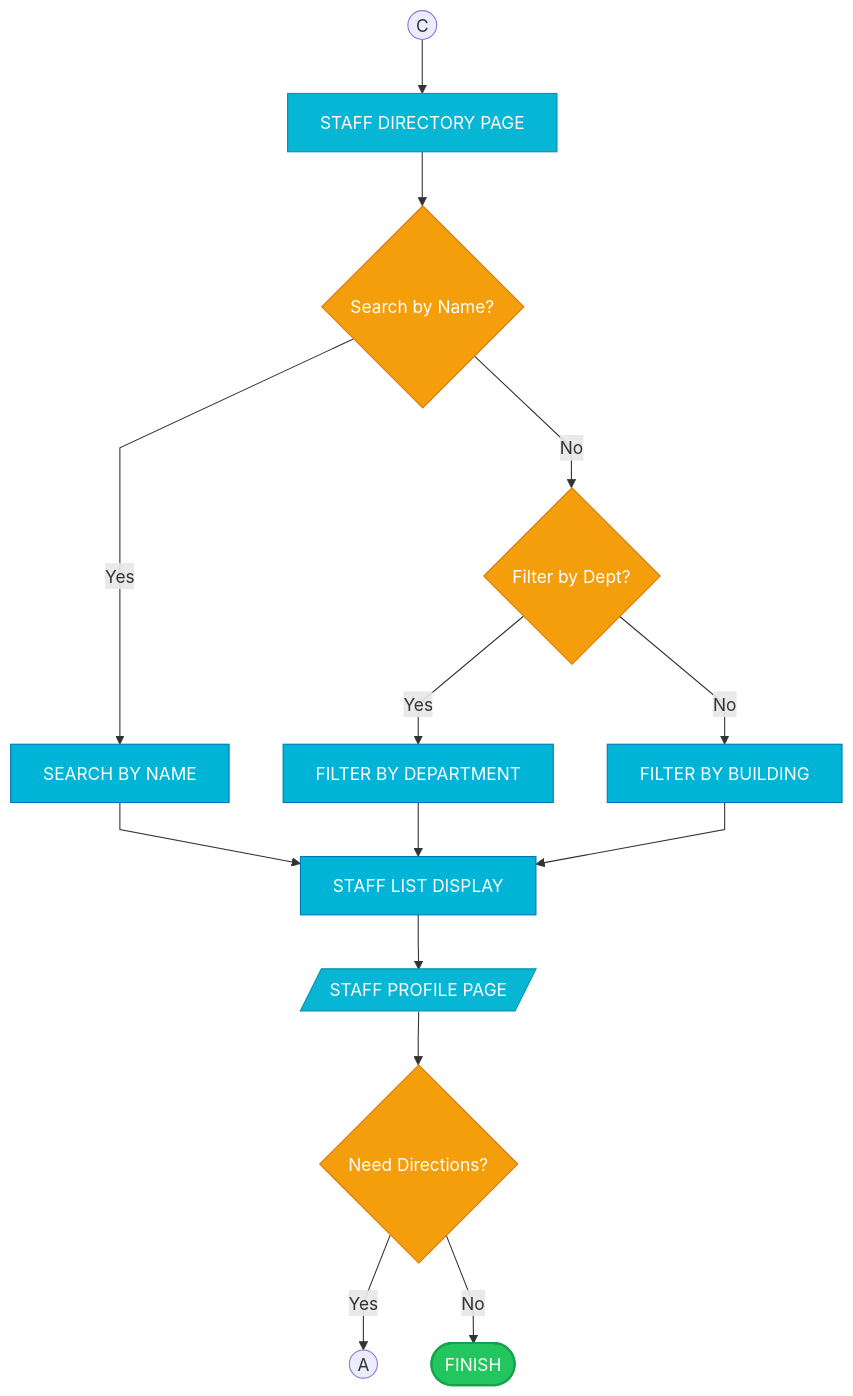
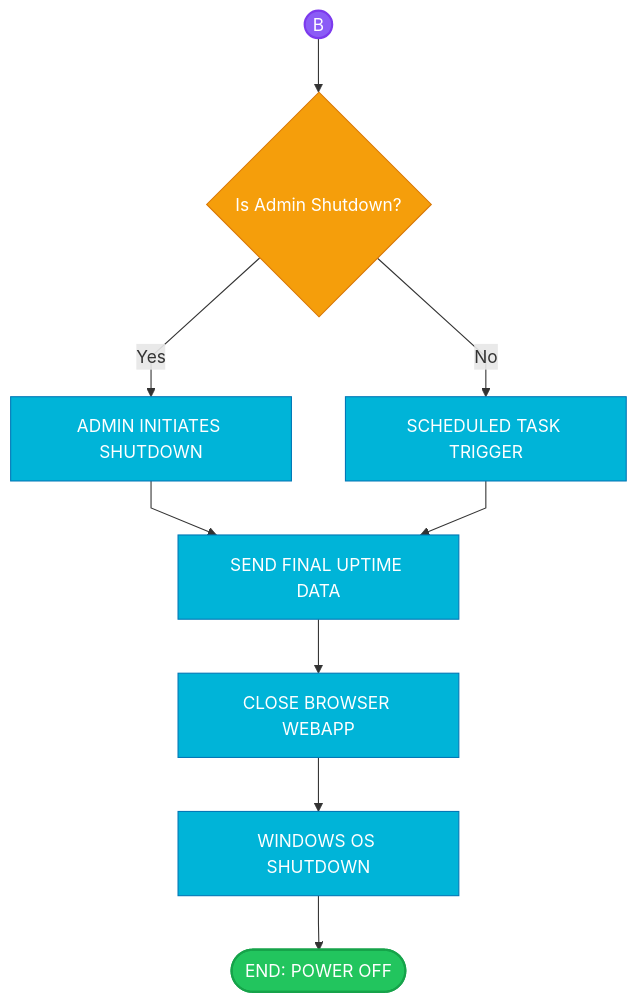
The fourth of 7 diagrams in iCCAT-Academic-Flowcharts-Printable.md (Yui1003/iCCAT), drawn with Mermaid before and after one commit. The commit also changed other lines of this file, not shown here.

First line of the commit message:
Add kiosk startup and operational loop flowcharts to the documentation

````diff
--- a/iCCAT-Academic-Flowcharts-Printable.md
+++ b/iCCAT-Academic-Flowcharts-Printable.md
@@ -117,30 +119,25 @@
 ```mermaid
 %%{init: {'flowchart': {'curve': 'linear', 'nodeSpacing': 50, 'rankSpacing': 50}}}%%
 flowchart TB
     classDef startEnd fill:#22c55e,stroke:#16a34a,color:#fff,stroke-width:2px,rx:20,ry:20
-    classDef display fill:#06b6d4,stroke:#0891b2,color:#fff
     classDef action fill:#00b4d8,stroke:#0077b6,color:#fff
     classDef decision fill:#f59e0b,stroke:#d97706,color:#fff
+    classDef connector fill:#8b5cf6,stroke:#7c3aed,color:#fff,stroke-width:2px
     
-    C((C)) --> STAFF[STAFF DIRECTORY PAGE]
-    STAFF --> SEARCH_METHOD{Search by Name?}
-    SEARCH_METHOD -->|Yes| NAME[SEARCH BY NAME]
-    SEARCH_METHOD -->|No| DEPT_CHECK{Filter by Dept?}
+    CONN_B((B)) --> SHUT_ACT{Is Admin Shutdown?}
     
-    DEPT_CHECK -->|Yes| DEPT[FILTER BY DEPARTMENT]
-    DEPT_CHECK -->|No| BLDG[FILTER BY BUILDING]
+    SHUT_ACT -->|Yes| ADMIN[ADMIN INITIATES SHUTDOWN]
+    SHUT_ACT -->|No| SCHED[SCHEDULED TASK TRIGGER]
     
-    NAME --> LST[STAFF LIST DISPLAY]
-    DEPT --> LST
-    BLDG --> LST
-    LST --> PROF[/STAFF PROFILE PAGE/]
+    ADMIN --> END_DATA[SEND FINAL UPTIME DATA]
+    SCHED --> END_DATA
     
-    PROF --> NAV_CHECK{Need Directions?}
-    NAV_CHECK -->|Yes| A((A))
-    NAV_CHECK -->|No| FINISH([FINISH])
+    END_DATA --> CLOSE_APP[CLOSE BROWSER WEBAPP]
+    CLOSE_APP --> WIN_SHUT[WINDOWS OS SHUTDOWN]
+    WIN_SHUT --> FINISH([END: POWER OFF])
 
     class FINISH startEnd
-    class STAFF,PROF display
-    class NAME,DEPT,BLDG,LST action
-    class SEARCH_METHOD,DEPT_CHECK,NAV_CHECK decision
+    class ADMIN,SCHED,END_DATA,CLOSE_APP,WIN_SHUT action
+    class SHUT_ACT decision
+    class CONN_B connector
 ```
````
